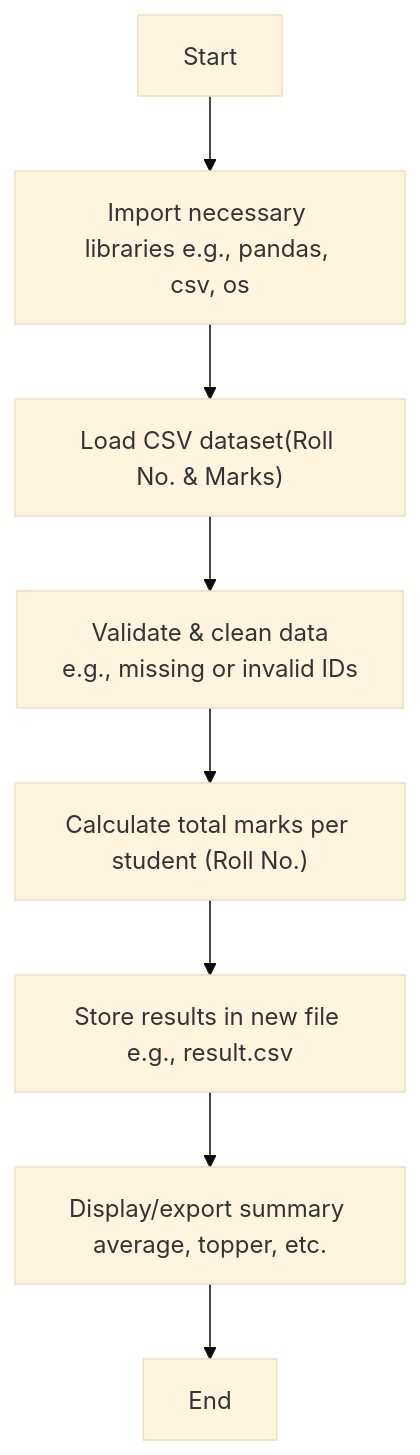
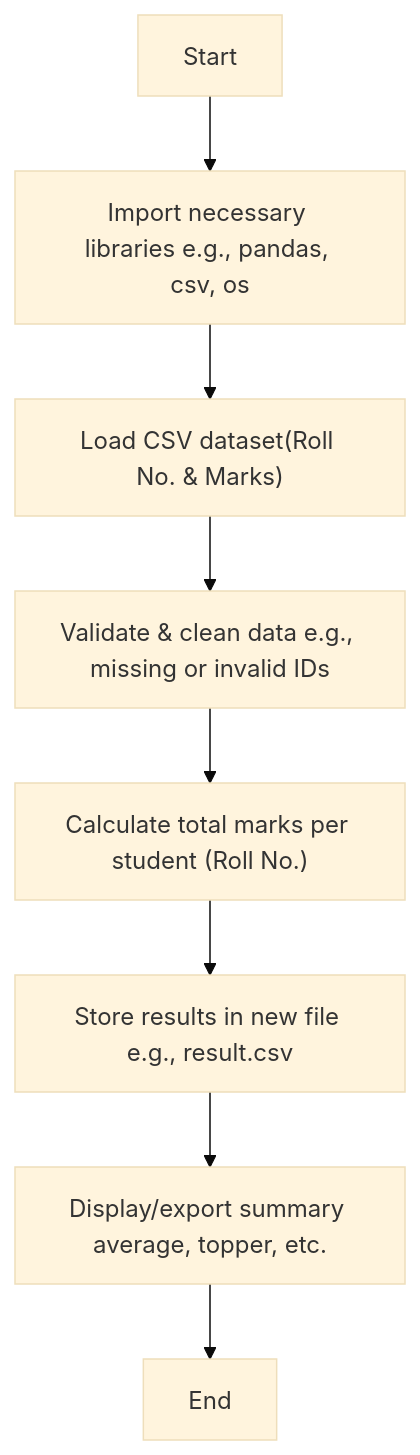
Before and after one commit to HarshitaShibe/Mini-Project-Marks-Adding: the diagram in README.md, drawn with Mermaid (base theme). The commit also changed other lines of this file, not shown here.

````diff
--- a/README.md
+++ b/README.md
@@ -5,10 +5,10 @@
 ```mermaid
 flowchart TB
     A["Start"] --> B["Import necessary libraries e.g., pandas, csv, os"]
     B --> C["Load CSV dataset(Roll No. & Marks)"]
-    C --> D["Validate & clean data\ne.g., missing or invalid IDs"]
+    C --> D["Validate & clean data e.g., missing or invalid IDs"]
     D --> E["Calculate total marks per student (Roll No.)"]
     E --> F["Store results in new file e.g., result.csv"]
     F --> G["Display/export summary average, topper, etc."]
     G --> H["End"]
 ```
````
